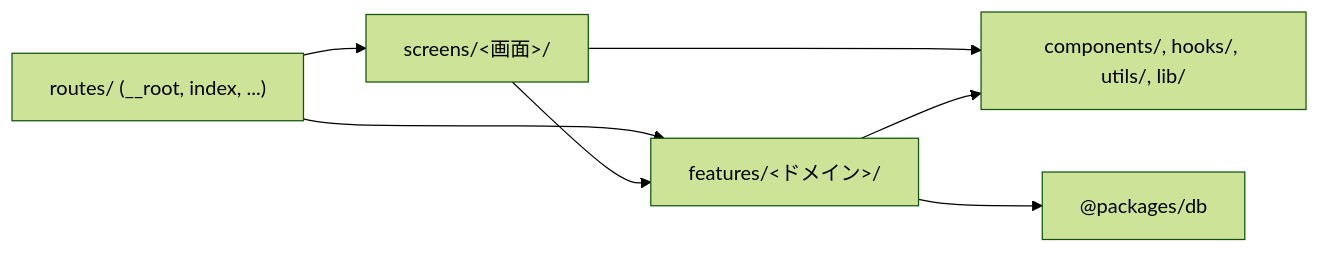
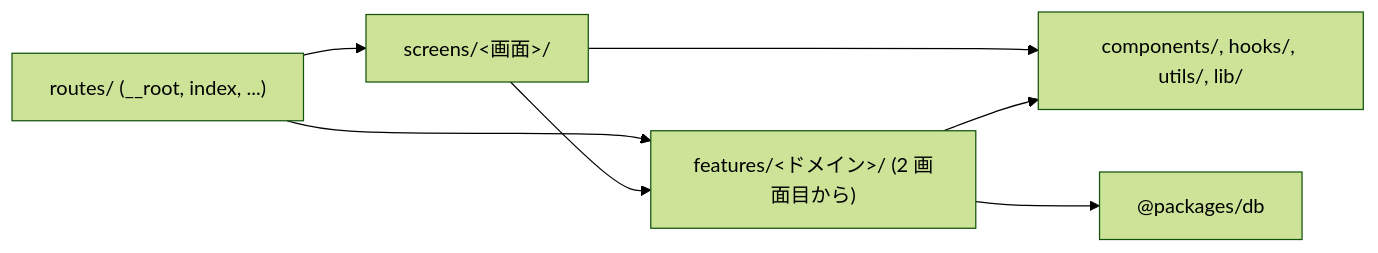
One commit to junkisai/web-app-template changed the diagram in docs/architecture/20260819_directory-structure.md. Above: the diagram before and after it, drawn with Mermaid (forest theme). The commit also changed other lines of this file and 2 other files, not shown here.

````diff
--- a/docs/architecture/20260819_directory-structure.md
+++ b/docs/architecture/20260819_directory-structure.md
@@ -199,15 +219,15 @@
 ```mermaid
 flowchart LR
   routes["routes/ (__root, index, ...)"]
   screen["screens/&lt;画面&gt;/"]
-  feature["features/&lt;ドメイン&gt;/"]
+  feature["features/&lt;ドメイン&gt;/ (2 画面目から)"]
   shared["components/, hooks/, utils/, lib/"]
   pkg["@packages/db"]
 
   routes --> screen
   routes --> feature
   screen --> feature
   screen --> shared
   feature --> shared
   feature --> pkg
 ```
````
